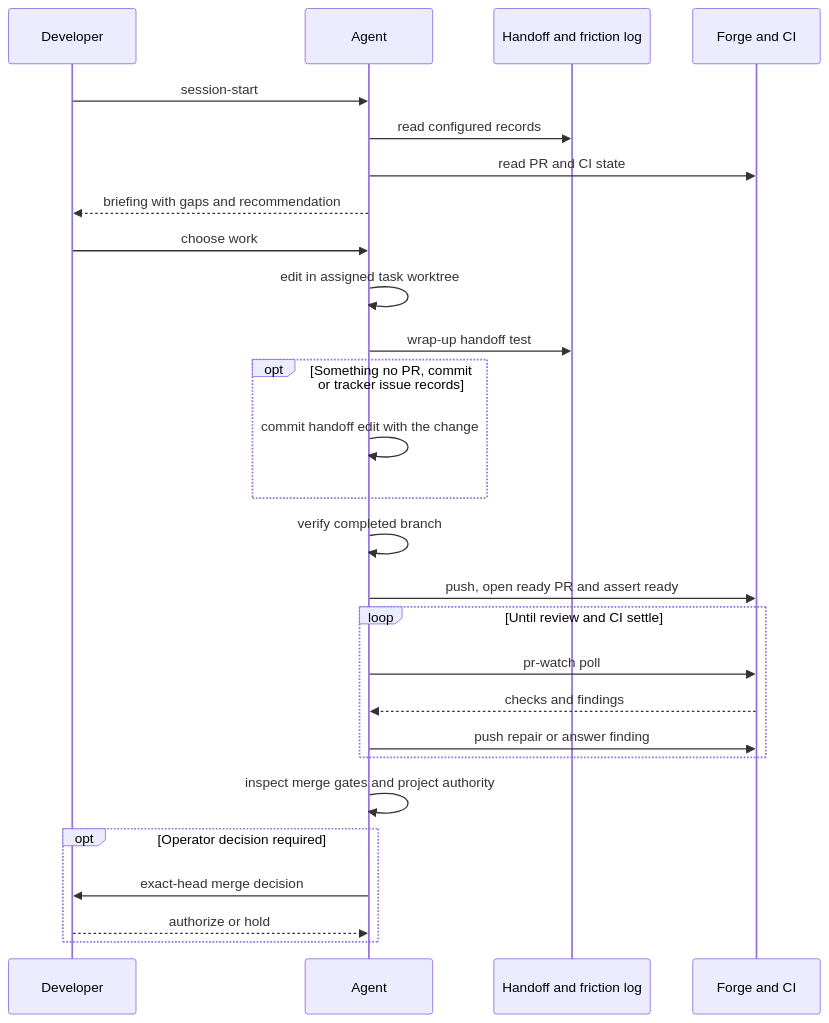
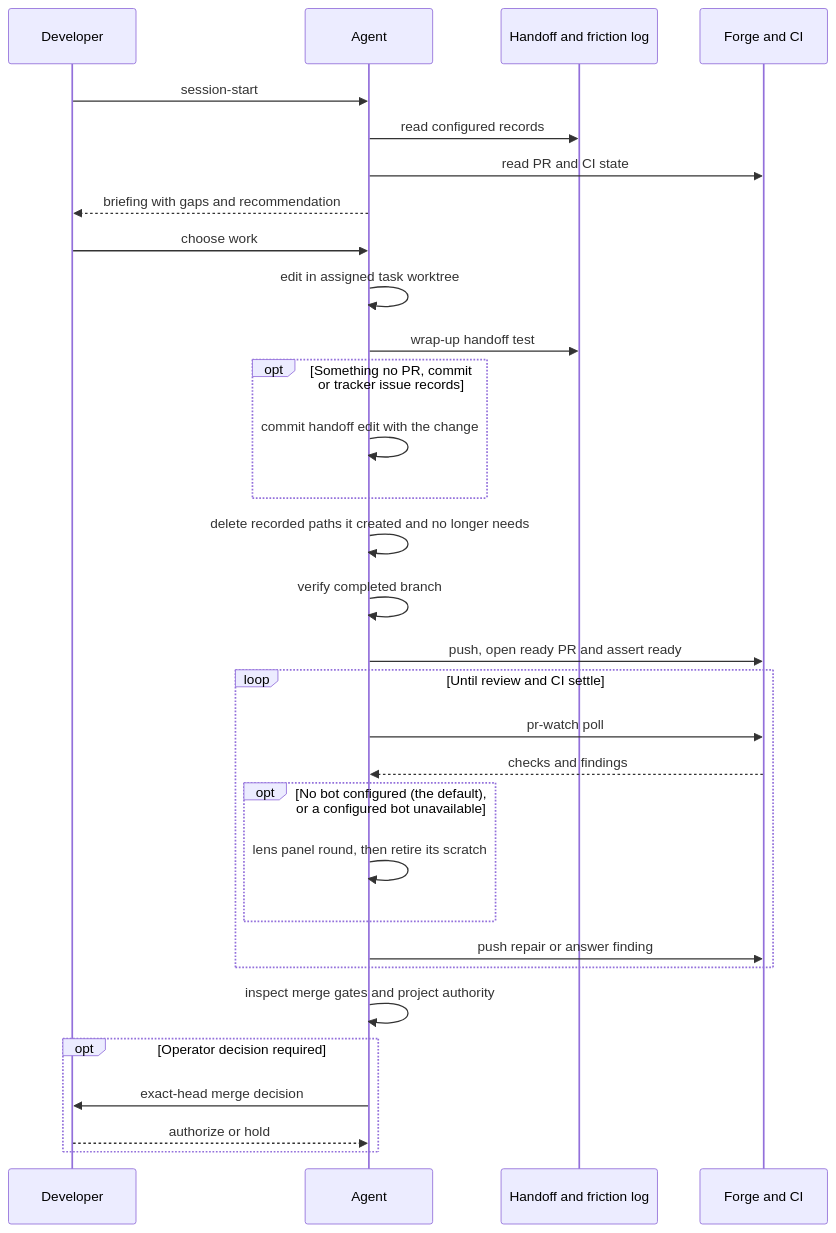
The second of 6 diagrams in docs/architecture.md (topij/agentic-dev-kit), drawn with Mermaid before and after one commit. The commit also changed other lines of this file and 6 other files, not shown here.

First line of the commit message:
docs: bring reader guides and diagrams up to date with lane, review and cleanup work (#1295)

````diff
--- a/docs/architecture.md
+++ b/docs/architecture.md
@@ -86,29 +87,33 @@
 ```mermaid
 sequenceDiagram
     participant Developer
     participant Agent
     participant Records as Handoff and friction log
     participant Forge as Forge and CI
     Developer->>Agent: session-start
     Agent->>Records: read configured records
     Agent->>Forge: read PR and CI state
     Agent-->>Developer: briefing with gaps and recommendation
     Developer->>Agent: choose work
     Agent->>Agent: edit in assigned task worktree
     Agent->>Records: wrap-up handoff test
     opt Something no PR, commit or tracker issue records
         Agent->>Agent: commit handoff edit with the change
     end
+    Agent->>Agent: delete recorded paths it created and no longer needs
     Agent->>Agent: verify completed branch
     Agent->>Forge: push, open ready PR and assert ready
     loop Until review and CI settle
         Agent->>Forge: pr-watch poll
         Forge-->>Agent: checks and findings
+        opt No bot configured (the default), or a configured bot unavailable
+            Agent->>Agent: lens panel round, then retire its scratch
+        end
         Agent->>Forge: push repair or answer finding
     end
     Agent->>Agent: inspect merge gates and project authority
     opt Operator decision required
         Agent->>Developer: exact-head merge decision
         Developer-->>Agent: authorize or hold
     end
 ```
````
